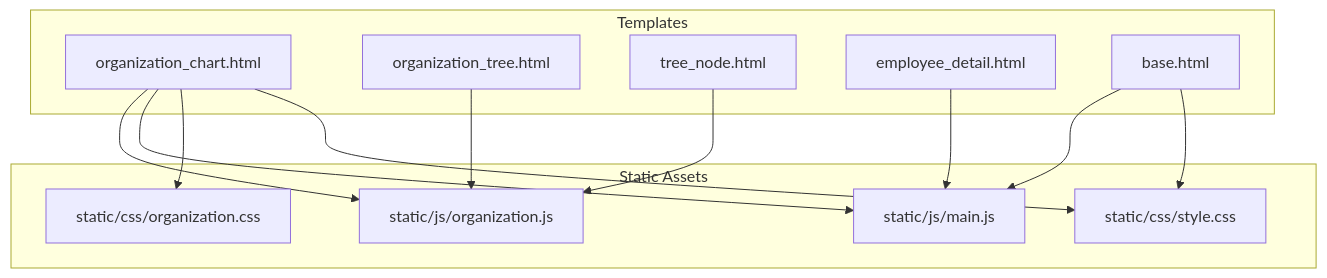
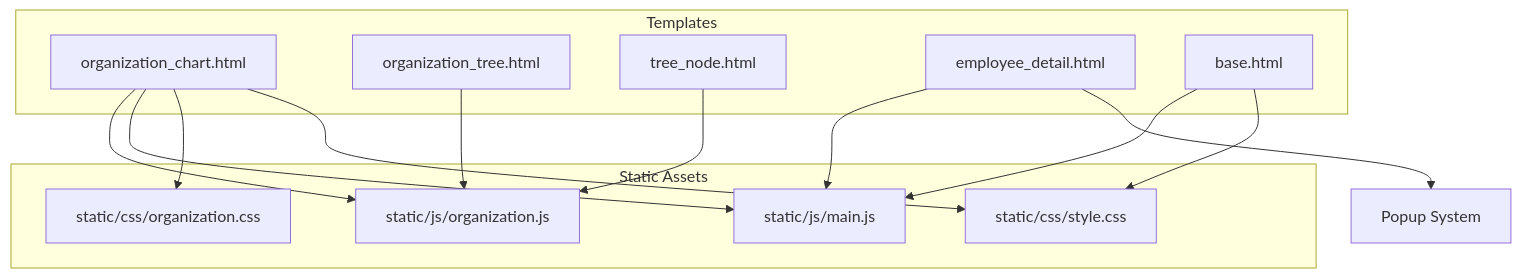
The first of 6 diagrams in .qoder/repowiki/en/content/User Interface and Templates/JavaScript Components and Interactivity.md (Pavel9474/task_manager), drawn with Mermaid before and after one commit. The commit also changed other lines of this file and 7 other files, not shown here.

Commit message:
ALL gantt work code simplifid

````diff
--- a/.qoder/repowiki/en/content/User Interface and Templates/JavaScript Components and Interactivity.md
+++ b/.qoder/repowiki/en/content/User Interface and Templates/JavaScript Components and Interactivity.md
@@ -48,25 +50,26 @@
 ```mermaid
 graph TB
 subgraph "Templates"
 OC["organization_chart.html"]
 OT["organization_tree.html"]
 TN["tree_node.html"]
 ED["employee_detail.html"]
 BH["base.html"]
 end
 subgraph "Static Assets"
 JS_MAIN["static/js/main.js"]
 JS_ORG["static/js/organization.js"]
 CSS_ORG["static/css/organization.css"]
 CSS_STYLE["static/css/style.css"]
 end
 OC --> JS_ORG
 OC --> JS_MAIN
 OC --> CSS_ORG
 OC --> CSS_STYLE
 OT --> JS_ORG
 TN --> JS_ORG
 ED --> JS_MAIN
+ED --> GANTT_POPUP["Popup System"]
 BH --> JS_MAIN
 BH --> CSS_STYLE
 ```
````
